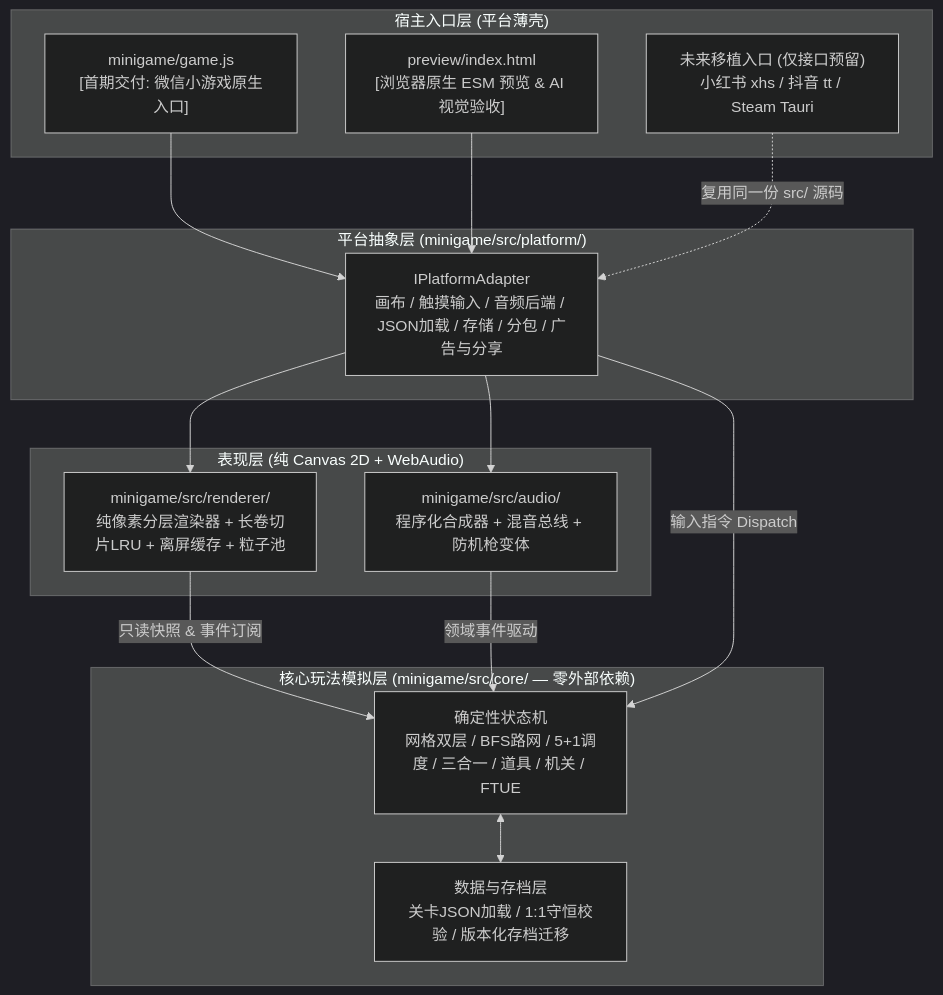
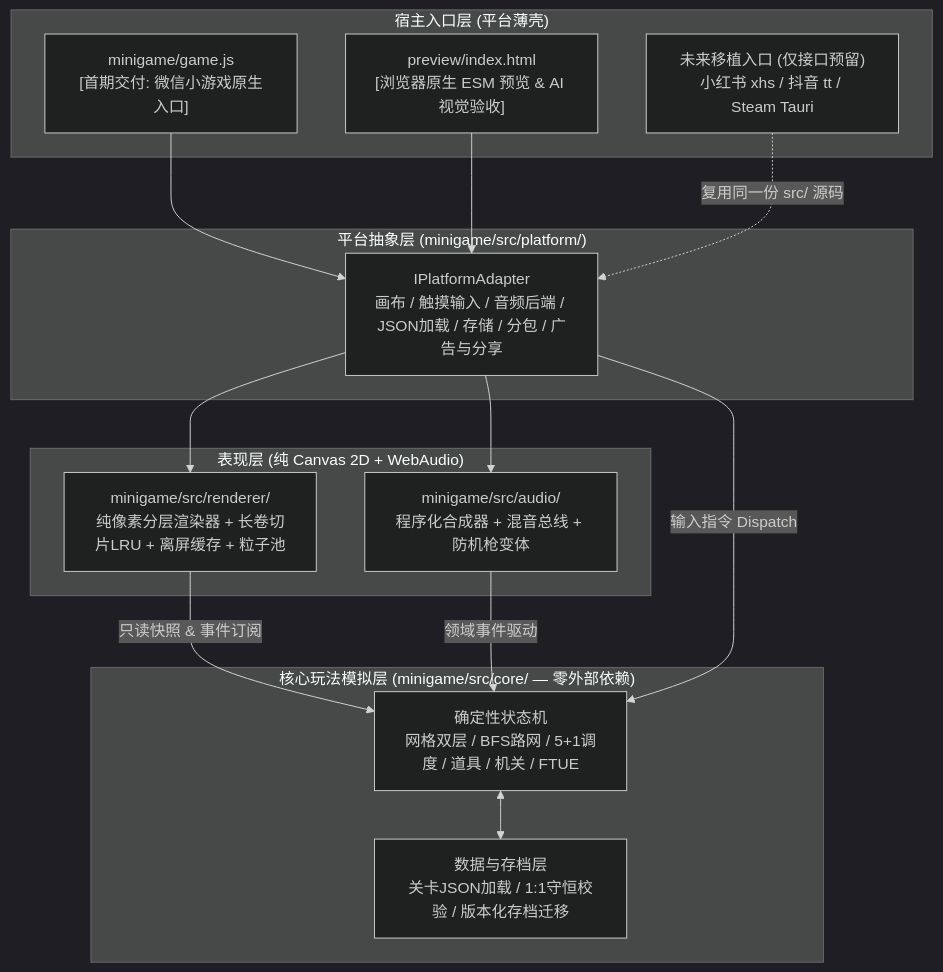
The diagram in docs/04_《城市清扫队》技术架构与开发手册_v0.1.0.md (948049716/cheng-shi-qing-sao-dui), drawn with Mermaid (dark theme) before and after one commit. The commit also changed other lines of this file and 3 other files, not shown here.

````diff
--- a/docs/04_《城市清扫队》技术架构与开发手册_v0.1.0.md
+++ b/docs/04_《城市清扫队》技术架构与开发手册_v0.1.0.md
@@ -39,32 +39,32 @@
 ```mermaid
 flowchart TB
     subgraph Entry["宿主入口层 (平台薄壳)"]
         WX["minigame/game.js\n[首期交付: 微信小游戏原生入口]"]
         WEB["preview/index.html\n[浏览器原生 ESM 预览 & AI 视觉验收]"]
         FUTURE["未来移植入口 (仅接口预留)\n小红书 xhs / 抖音 tt / Steam Tauri"]
     end
 
     subgraph Platform["平台抽象层 (minigame/src/platform/)"]
         PA["IPlatformAdapter\n画布 / 触摸输入 / 音频后端 / JSON加载 / 存储 / 分包 / 广告与分享"]
     end
 
     subgraph Presentation["表现层 (纯 Canvas 2D + WebAudio)"]
         REN["minigame/src/renderer/\n纯像素分层渲染器 + 长卷切片LRU + 离屏缓存 + 粒子池"]
         AUD["minigame/src/audio/\n程序化合成器 + 混音总线 + 防机枪变体"]
     end
 
     subgraph Core["核心玩法模拟层 (minigame/src/core/ — 零外部依赖)"]
-        SIM["确定性状态机\n网格双层 / BFS路网 / 5+1调度 / 三合一 / 道具 / 机关 / FTUE"]
+        SIM["确定性状态机\n网格双层 / BFS路网 / 5+1调度 / 道具 / 机关 / FTUE"]
         DATA["数据与存档层\n关卡JSON加载 / 1:1守恒校验 / 版本化存档迁移"]
     end
 
     WX --> PA
     WEB --> PA
     FUTURE -. "复用同一份 src/ 源码" .-> PA
     PA --> REN
     PA --> AUD
     REN -- "只读快照 & 事件订阅" --> SIM
     AUD -- "领域事件驱动" --> SIM
     PA -- "输入指令 Dispatch" --> SIM
     SIM <--> DATA
 ```
````
